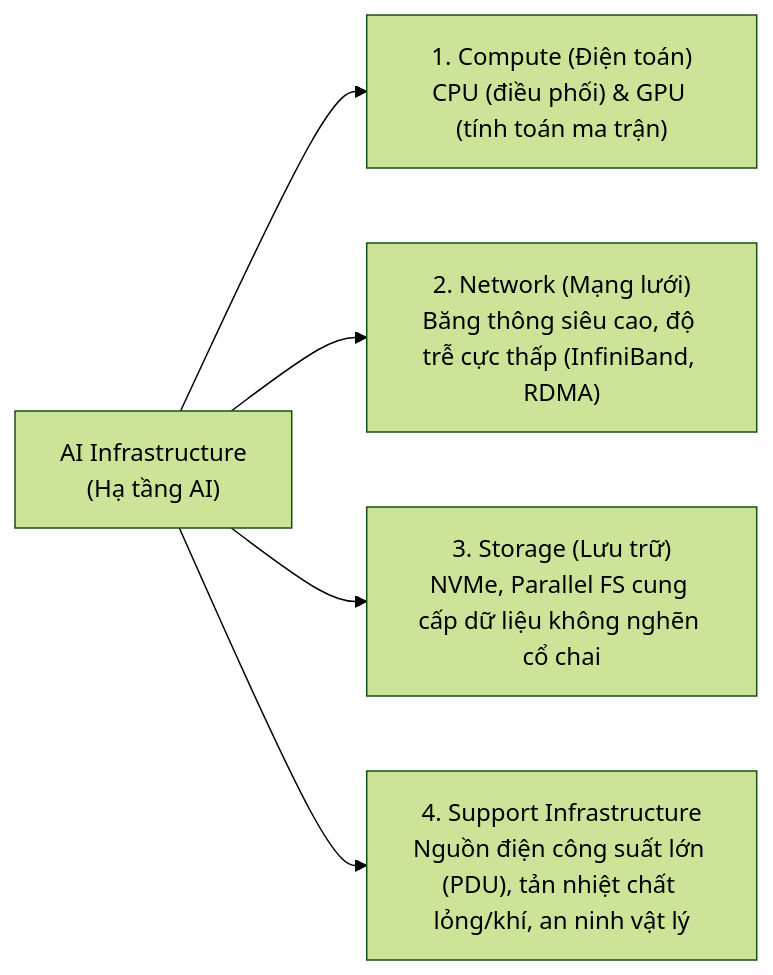
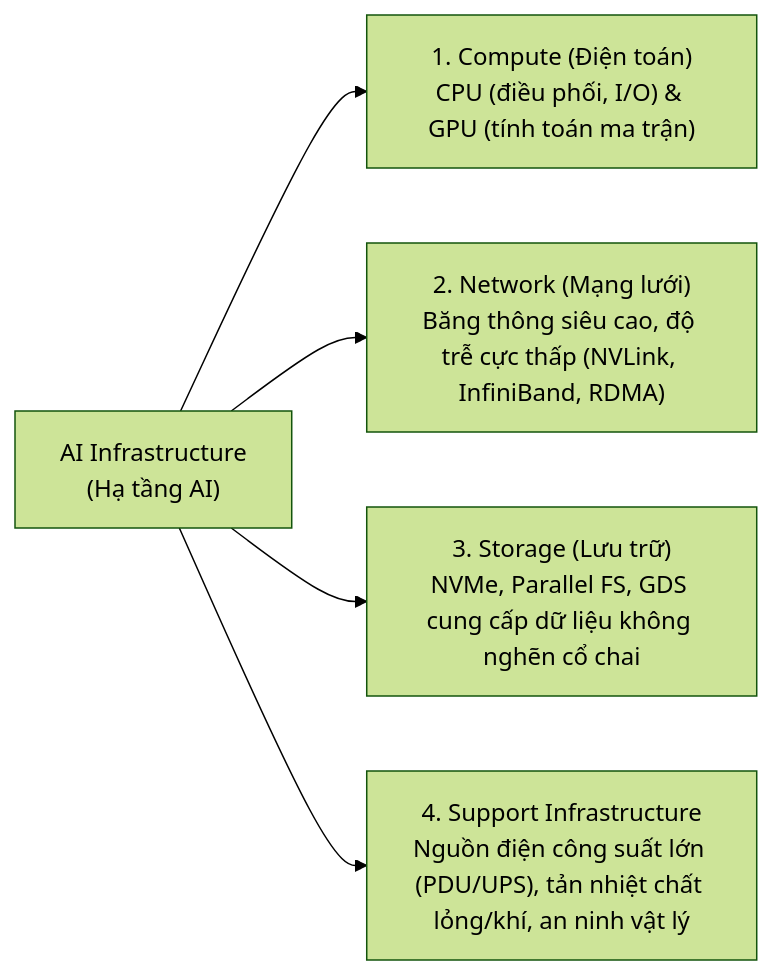
The second of 8 diagrams in Module_01_AI_Infrastructure.md (nxthanh2904/nca-genl), drawn with Mermaid (forest theme) before and after one commit. The commit also changed other lines of this file and 11 other files, not shown here.

````diff
--- a/Module_01_AI_Infrastructure.md
+++ b/Module_01_AI_Infrastructure.md
@@ -40,14 +55,14 @@
 ```mermaid
 flowchart LR
     Infra["AI Infrastructure<br/>(Hạ tầng AI)"]
     
-    C["1. Compute (Điện toán)<br/>CPU (điều phối) & GPU (tính toán ma trận)"]
-    N["2. Network (Mạng lưới)<br/>Băng thông siêu cao, độ trễ cực thấp (InfiniBand, RDMA)"]
-    S["3. Storage (Lưu trữ)<br/>NVMe, Parallel FS cung cấp dữ liệu không nghẽn cổ chai"]
-    SI["4. Support Infrastructure<br/>Nguồn điện công suất lớn (PDU), tản nhiệt chất lỏng/khí, an ninh vật lý"]
+    C["1. Compute (Điện toán)<br/>CPU (điều phối, I/O) & GPU (tính toán ma trận)"]
+    N["2. Network (Mạng lưới)<br/>Băng thông siêu cao, độ trễ cực thấp (NVLink, InfiniBand, RDMA)"]
+    S["3. Storage (Lưu trữ)<br/>NVMe, Parallel FS, GDS cung cấp dữ liệu không nghẽn cổ chai"]
+    SI["4. Support Infrastructure<br/>Nguồn điện công suất lớn (PDU/UPS), tản nhiệt chất lỏng/khí, an ninh vật lý"]
 
     Infra --> C
     Infra --> N
     Infra --> S
     Infra --> SI
 ```
````
